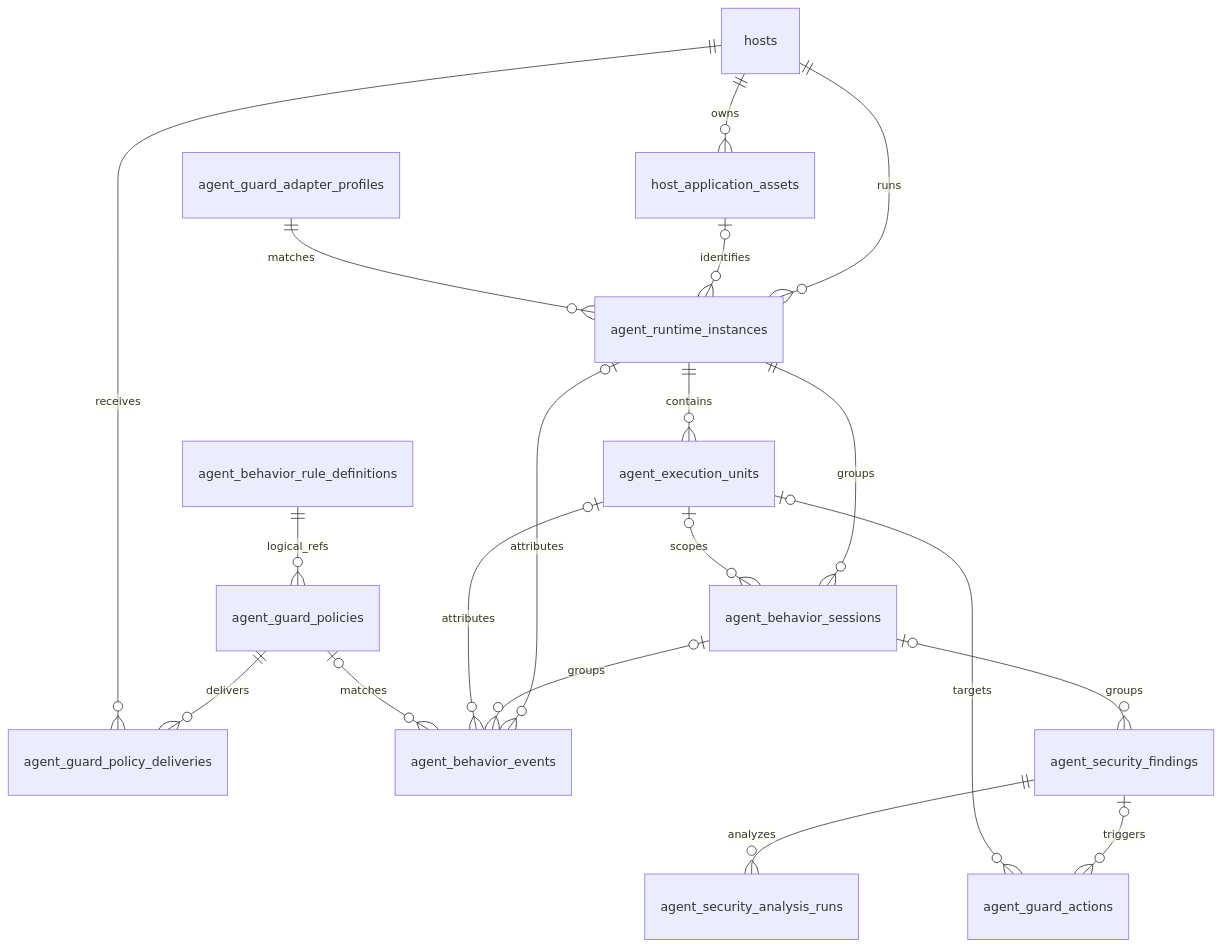
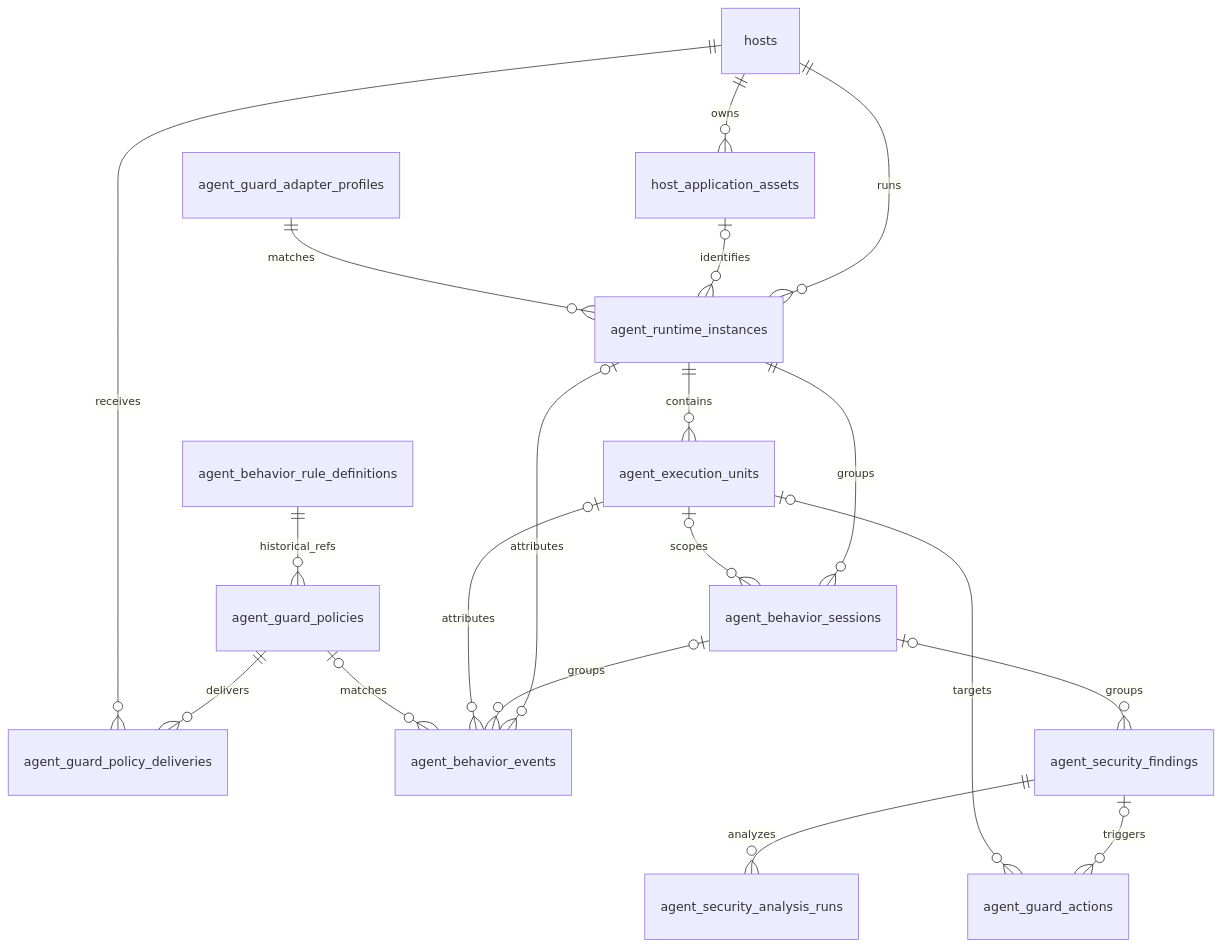
Before and after one commit to alex-chenc/aegis: the diagram in docs/aegis_system_design_v6.2/database_design_v6.2.md, drawn with Mermaid. The commit also changed other lines of this file and 138 other files, not shown here.

Commit message:
Implement v6.2 Agent Guard escape protection

````diff
--- a/docs/aegis_system_design_v6.2/database_design_v6.2.md
+++ b/docs/aegis_system_design_v6.2/database_design_v6.2.md
@@ -21,21 +23,21 @@
 ```mermaid
 erDiagram
   hosts ||--o{ host_application_assets : owns
   hosts ||--o{ agent_runtime_instances : runs
   host_application_assets o|--o{ agent_runtime_instances : identifies
   agent_guard_adapter_profiles ||--o{ agent_runtime_instances : matches
-  agent_behavior_rule_definitions ||--o{ agent_guard_policies : logical_refs
+  agent_behavior_rule_definitions ||--o{ agent_guard_policies : historical_refs
   agent_runtime_instances ||--o{ agent_execution_units : contains
   agent_runtime_instances ||--o{ agent_behavior_sessions : groups
   agent_execution_units o|--o{ agent_behavior_sessions : scopes
   agent_guard_policies ||--o{ agent_guard_policy_deliveries : delivers
   hosts ||--o{ agent_guard_policy_deliveries : receives
   agent_runtime_instances o|--o{ agent_behavior_events : attributes
   agent_behavior_sessions o|--o{ agent_behavior_events : groups
   agent_execution_units o|--o{ agent_behavior_events : attributes
   agent_guard_policies o|--o{ agent_behavior_events : matches
   agent_behavior_sessions o|--o{ agent_security_findings : groups
   agent_security_findings ||--o{ agent_security_analysis_runs : analyzes
   agent_security_findings o|--o{ agent_guard_actions : triggers
   agent_execution_units o|--o{ agent_guard_actions : targets
 ```
````
